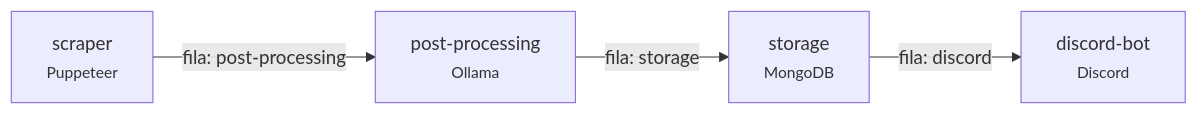
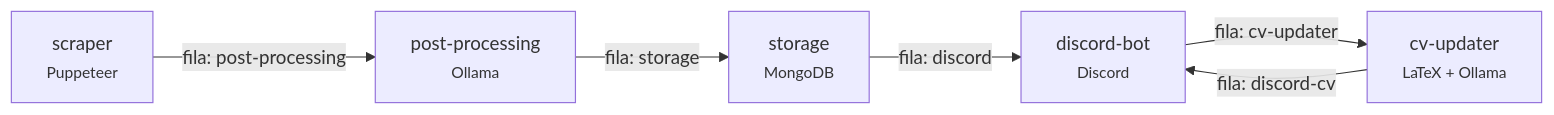
Before and after one commit to P0sseid0n/jobs-scraper: the diagram in README.md, drawn with Mermaid. The commit also changed other lines of this file and 41 other files, not shown here.

````diff
--- a/README.md
+++ b/README.md
@@ -9,6 +9,8 @@
 ```mermaid
 flowchart LR
 	scraper["scraper<br/><small>Puppeteer</small>"] -- "fila: post-processing" --> processing["post-processing<br/><small>Ollama</small>"]
 	processing -- "fila: storage" --> storage["storage<br/><small>MongoDB</small>"]
 	storage -- "fila: discord" --> bot["discord-bot<br/><small>Discord</small>"]
+	bot -- "fila: cv-updater" --> cv["cv-updater<br/><small>LaTeX + Ollama</small>"]
+	cv -- "fila: discord-cv" --> bot
 ```
````
